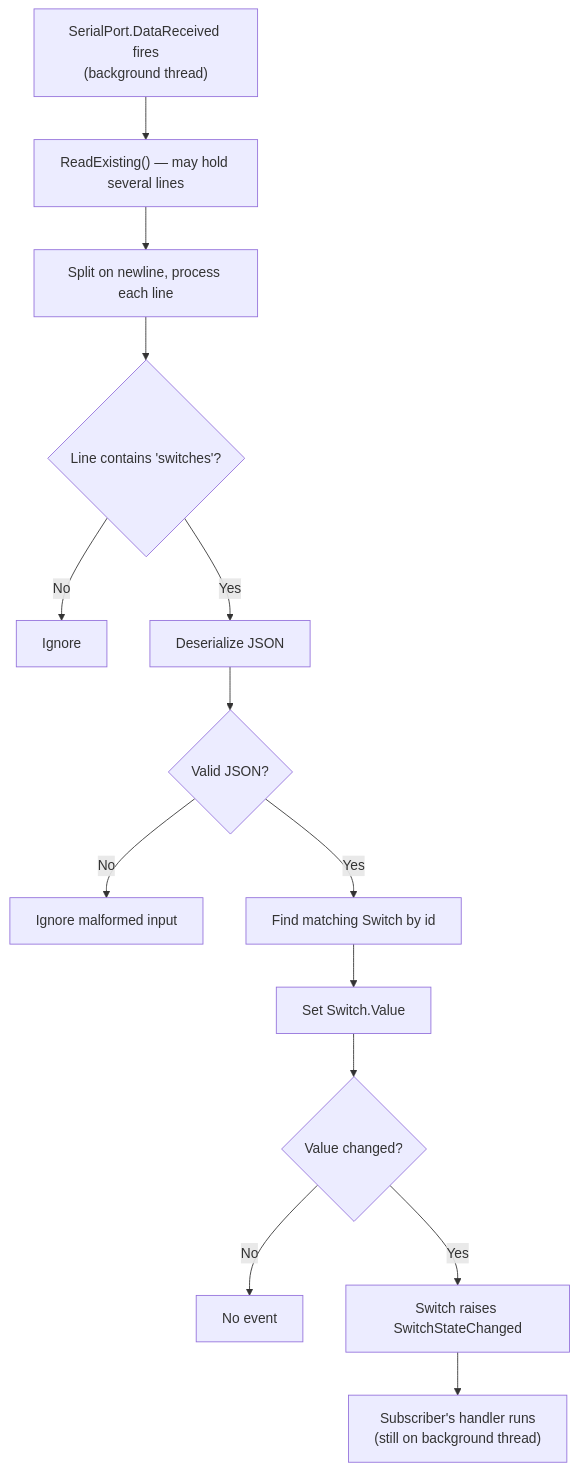
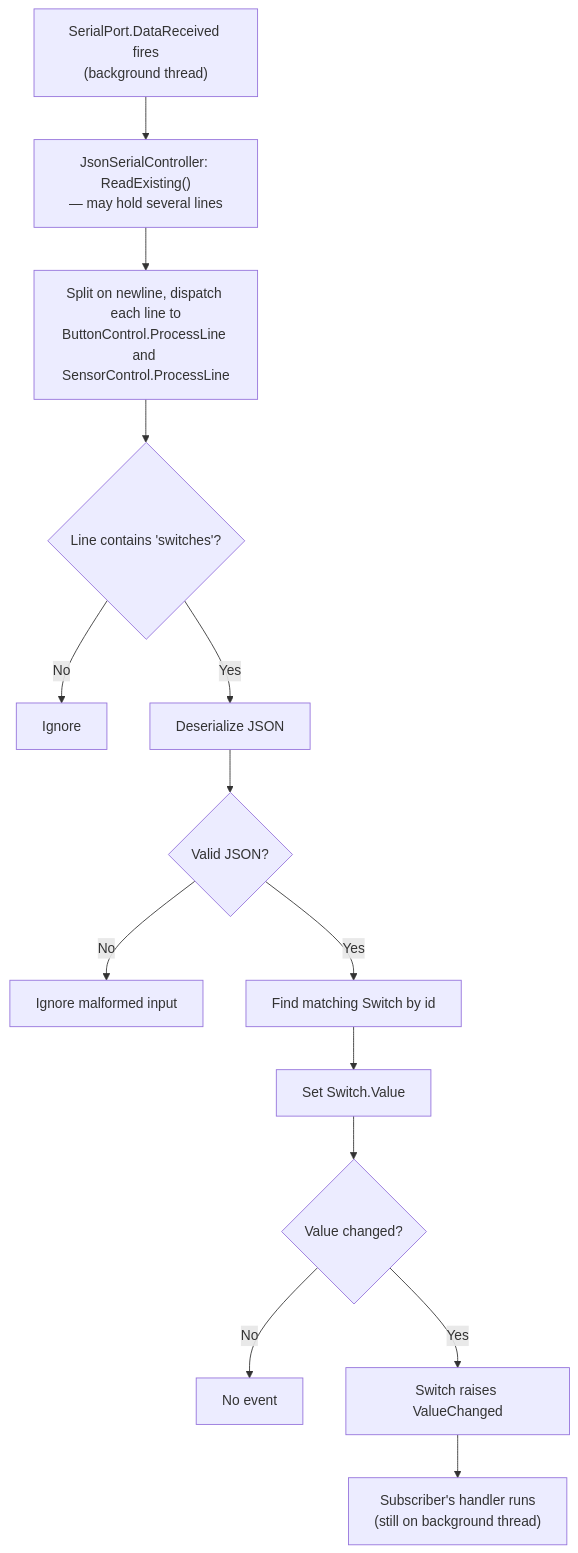
Before and after one commit to rlangoy/PB1151vSnippets: the third of 4 diagrams in SerialLedBtnLibEx/JsonSerialController.md, drawn with Mermaid. The commit also changed other lines of this file and 6 other files, not shown here.

First line of the commit message:
Rename sensor event to DataChanged and fix serial receive data loss

````diff
--- a/SerialLedBtnLibEx/JsonSerialController.md
+++ b/SerialLedBtnLibEx/JsonSerialController.md
@@ -104,16 +138,16 @@
 ```mermaid
 flowchart TD
-    A["SerialPort.DataReceived fires<br/>(background thread)"] --> B["ReadExisting() — may hold several lines"]
-    B --> C["Split on newline, process each line"]
+    A["SerialPort.DataReceived fires<br/>(background thread)"] --> B["JsonSerialController: ReadExisting()<br/>— may hold several lines"]
+    B --> C["Split on newline, dispatch each line to<br/>ButtonControl.ProcessLine and SensorControl.ProcessLine"]
     C --> D{"Line contains 'switches'?"}
     D -- No --> E["Ignore"]
     D -- Yes --> F["Deserialize JSON"]
     F --> G{"Valid JSON?"}
     G -- No --> H["Ignore malformed input"]
     G -- Yes --> I["Find matching Switch by id"]
     I --> J["Set Switch.Value"]
     J --> K{"Value changed?"}
     K -- No --> L["No event"]
-    K -- Yes --> M["Switch raises SwitchStateChanged"]
+    K -- Yes --> M["Switch raises ValueChanged"]
     M --> N["Subscriber's handler runs<br/>(still on background thread)"]
 ```
````
